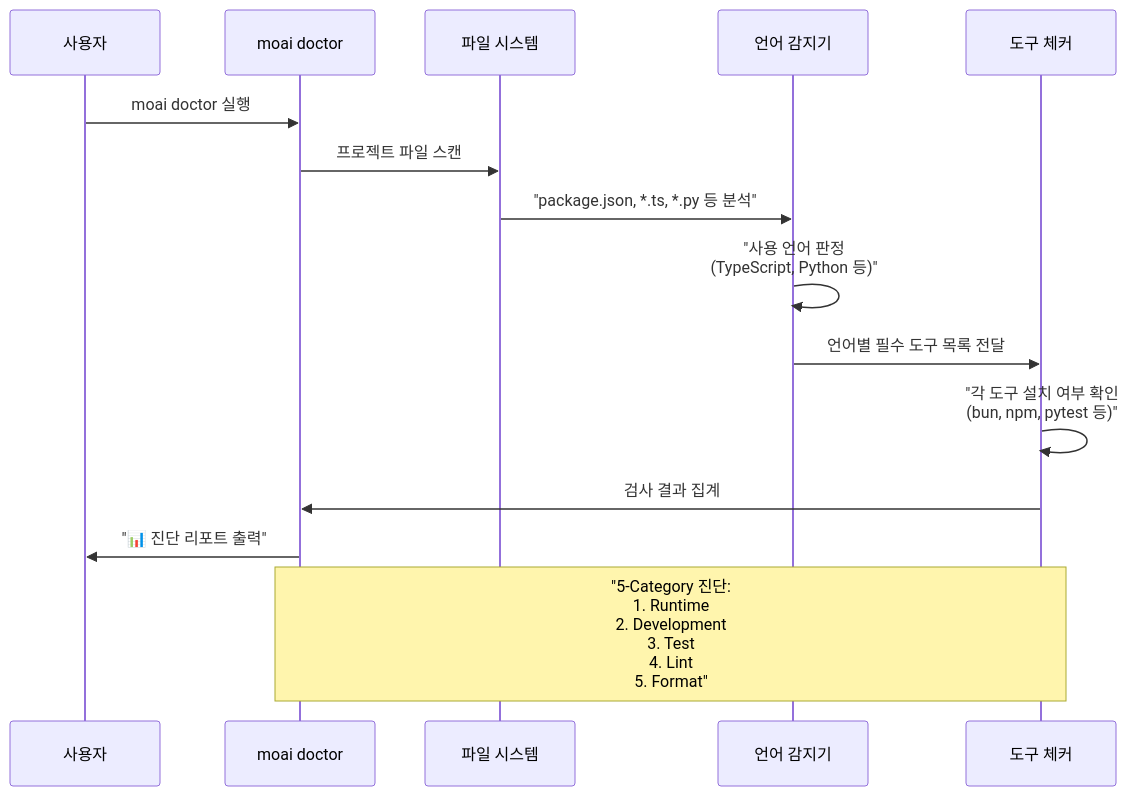
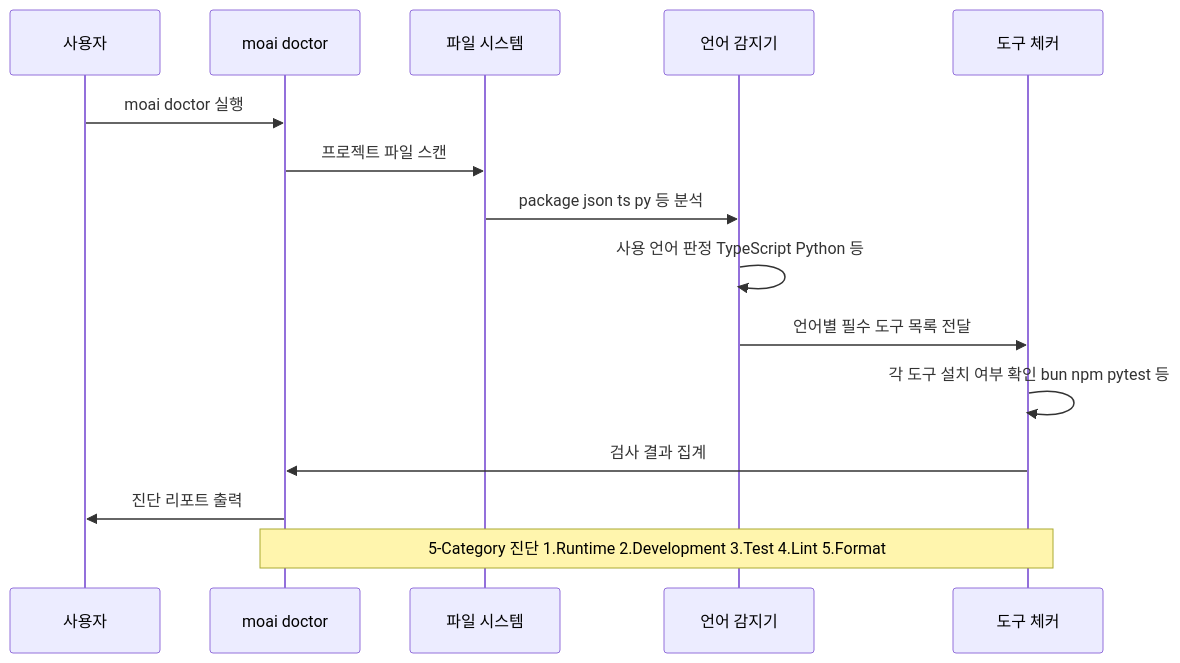
Before and after one commit to modu-ai/moai-adk: the second of 2 diagrams in docs/getting-started/installation.md, drawn with Mermaid. The commit also changed other lines of this file and 447 other files, not shown here.

````diff
--- a/docs/getting-started/installation.md
+++ b/docs/getting-started/installation.md
@@ -79,19 +79,19 @@
 ```mermaid
 sequenceDiagram
     participant U as 사용자
     participant D as moai doctor
     participant F as 파일 시스템
     participant L as 언어 감지기
     participant C as 도구 체커
 
     U->>D: moai doctor 실행
     D->>F: 프로젝트 파일 스캔
-    F->>L: "package.json, *.ts, *.py 등 분석"
-    L->>L: "사용 언어 판정<br/>(TypeScript, Python 등)"
+    F->>L: package json ts py 등 분석
+    L->>L: 사용 언어 판정 TypeScript Python 등
     L->>C: 언어별 필수 도구 목록 전달
-    C->>C: "각 도구 설치 여부 확인<br/>(bun, npm, pytest 등)"
+    C->>C: 각 도구 설치 여부 확인 bun npm pytest 등
     C->>D: 검사 결과 집계
-    D->>U: "📊 진단 리포트 출력"
+    D->>U: 진단 리포트 출력
 
-    Note over D,C: "5-Category 진단:<br/>1. Runtime<br/>2. Development<br/>3. Test<br/>4. Lint<br/>5. Format"
+    Note over D,C: 5-Category 진단 1.Runtime 2.Development 3.Test 4.Lint 5.Format
 ```
````
